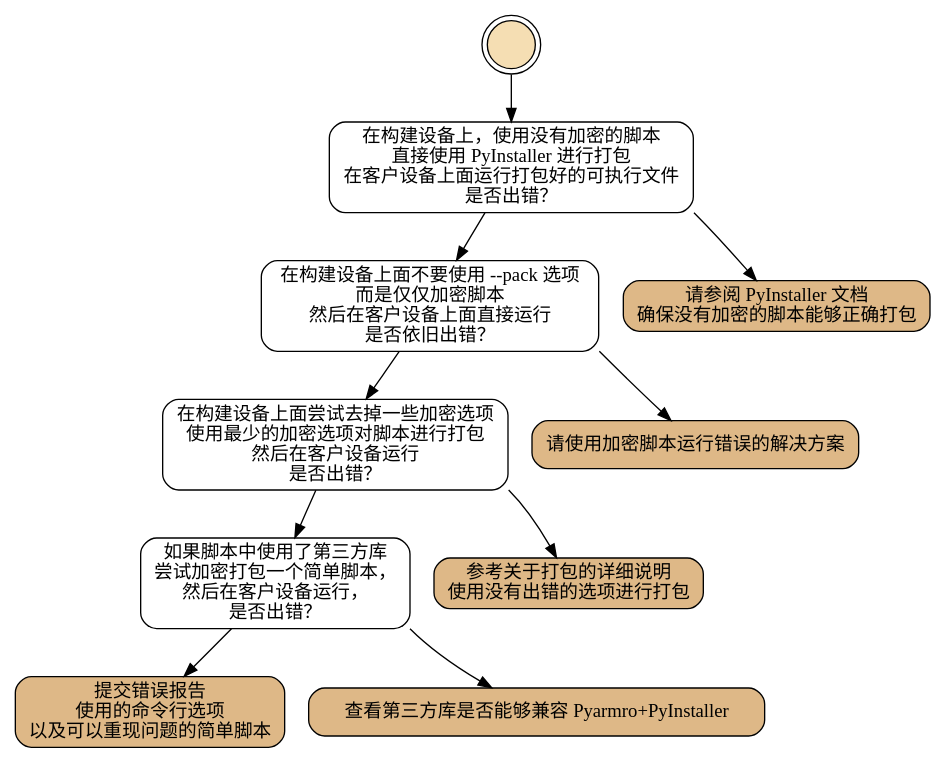
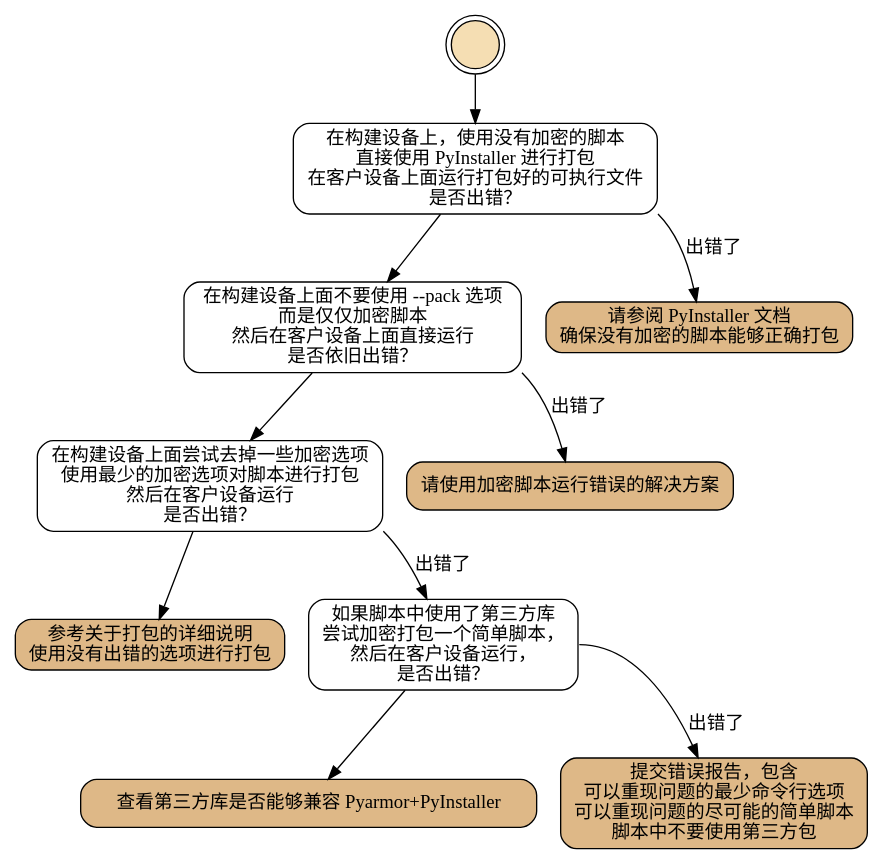
One commit to dashingsoft/dashingsoft.github.io changed the fourth of 4 diagrams in pyarmor/learn/zh/how-to.rst. Above: the diagram before and after it, drawn with Graphviz. The commit also changed other lines of this file and 5 other files, not shown here.

Commit message:
Add new graph

```diff
--- a/pyarmor/learn/zh/how-to.rst
+++ b/pyarmor/learn/zh/how-to.rst
@@ -53,56 +143,57 @@
 .. graphviz::
    :caption: 打包脚本运行问题的解决方案
    :align: center
    :name: graph-run-packed-script-issue
 
    digraph G {
       node [shape=box, style=rounded]
 
       start [shape="doublecircle", label="",
              style="filled", fillcolor="wheat"]
 
       subgraph P0 {
           rankdir="TB"
           style="setlinewidth(0)"
 
           s2 [label="在构建设备上，使用没有加密的脚本\n直接使用 PyInstaller 进行打包\n在客户设备上面运行打包好的可执行文件\n是否出错？"]
           s3 [label="在构建设备上面不要使用 --pack 选项\n而是仅仅加密脚本\n然后在客户设备上面直接运行\n是否依旧出错？"]
           s4 [label="在构建设备上面尝试去掉一些加密选项\n使用最少的加密选项对脚本进行打包\n然后在客户设备运行\n是否出错？"]
-          s5 [label="如果脚本中使用了第三方库\n尝试加密打包一个简单脚本，\n然后在客户设备运行，\n是否出错？"]
-          s6 [
+          s5 [
             style="filled,rounded",
             fillcolor="burlywood",
-            href="https://github.com/dashingsoft/pyarmor/issues"
-            label="提交错误报告\n使用的命令行选项\n以及可以重现问题的简单脚本"]
+            href="https://pyarmor.readthedocs.io/zh/latest/topic/repack.html"
+            label="参考关于打包的详细说明\n使用没有出错的选项进行打包"]
+          s6 [label="如果脚本中使用了第三方库\n尝试加密打包一个简单脚本，\n然后在客户设备运行，\n是否出错？"]
 
-	  s2 -> s3 -> s4 -> s5 -> s6
+	  s2 -> s3 -> s4 -> s5
+          s4 -> s6 [label="出错了", tailport=se]
       }
 
       subgraph P2 {
           node [
              style="filled,rounded",
              fillcolor="burlywood",
              ]
           n1 [
               href="https://pyinstaller.org/en/stable/usage.html"
               label="请参阅 PyInstaller 文档\n确保没有加密的脚本能够正确打包"]
           n2 [
             href="#run-obfuscated-script-issue"
             label="请使用加密脚本运行错误的解决方案"]
           n3 [
             href="https://pyarmor.readthedocs.io/zh/latest/how-to/third-party.html"
-            label="查看第三方库是否能够兼容 Pyarmro+PyInstaller"]
-          y1 [
-            href="https://pyarmor.readthedocs.io/zh/latest/topic/repack.html"
-            label="参考关于打包的详细说明\n使用没有出错的选项进行打包"]
+            label="查看第三方库是否能够兼容 Pyarmor+PyInstaller"]
+          n4 [
+            href="https://github.com/dashingsoft/pyarmor/issues"
+            label="提交错误报告，包含\n可以重现问题的最少命令行选项\n可以重现问题的尽可能的简单脚本\n脚本中不要使用第三方包"]
       }
 
       start -> s2
+      s6 -> n3
 
       edge [tailport=se]
 
-      s2 -> n1
-      s3 -> n2
-      s4 -> y1
-      s5 -> n3
+      s2 -> n1 [label="出错了"]
+      s3 -> n2 [label="出错了"]
+      s6 -> n4 [label="出错了" tailport=e]
    }
```
